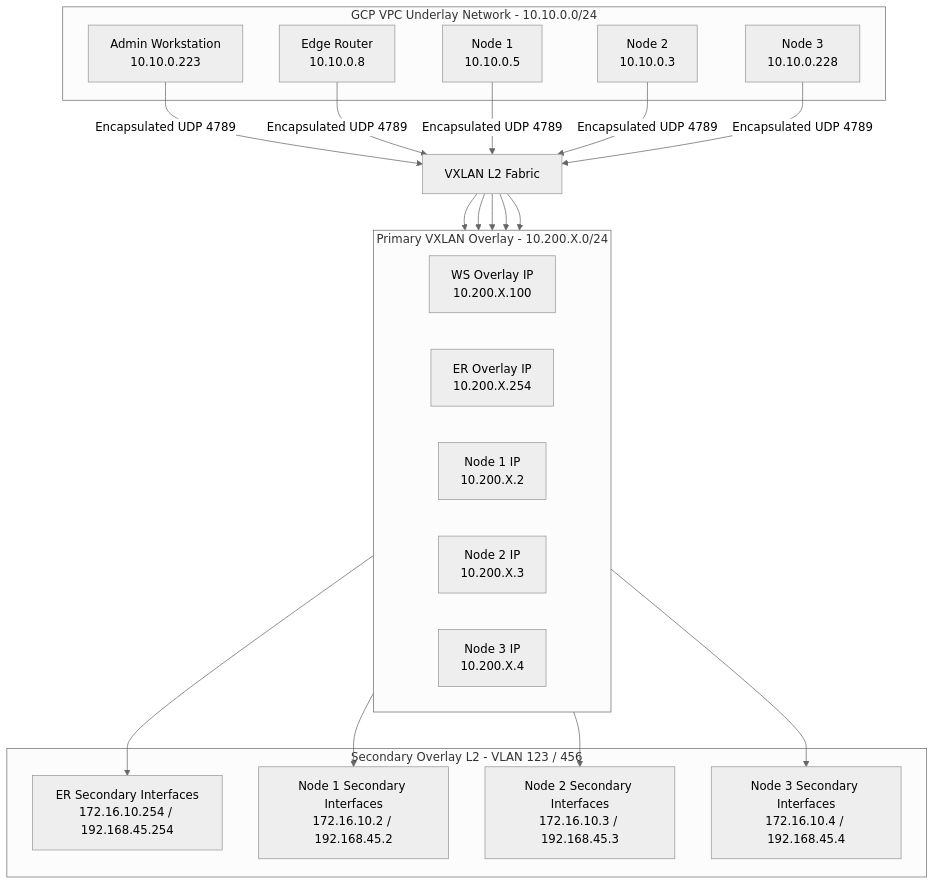
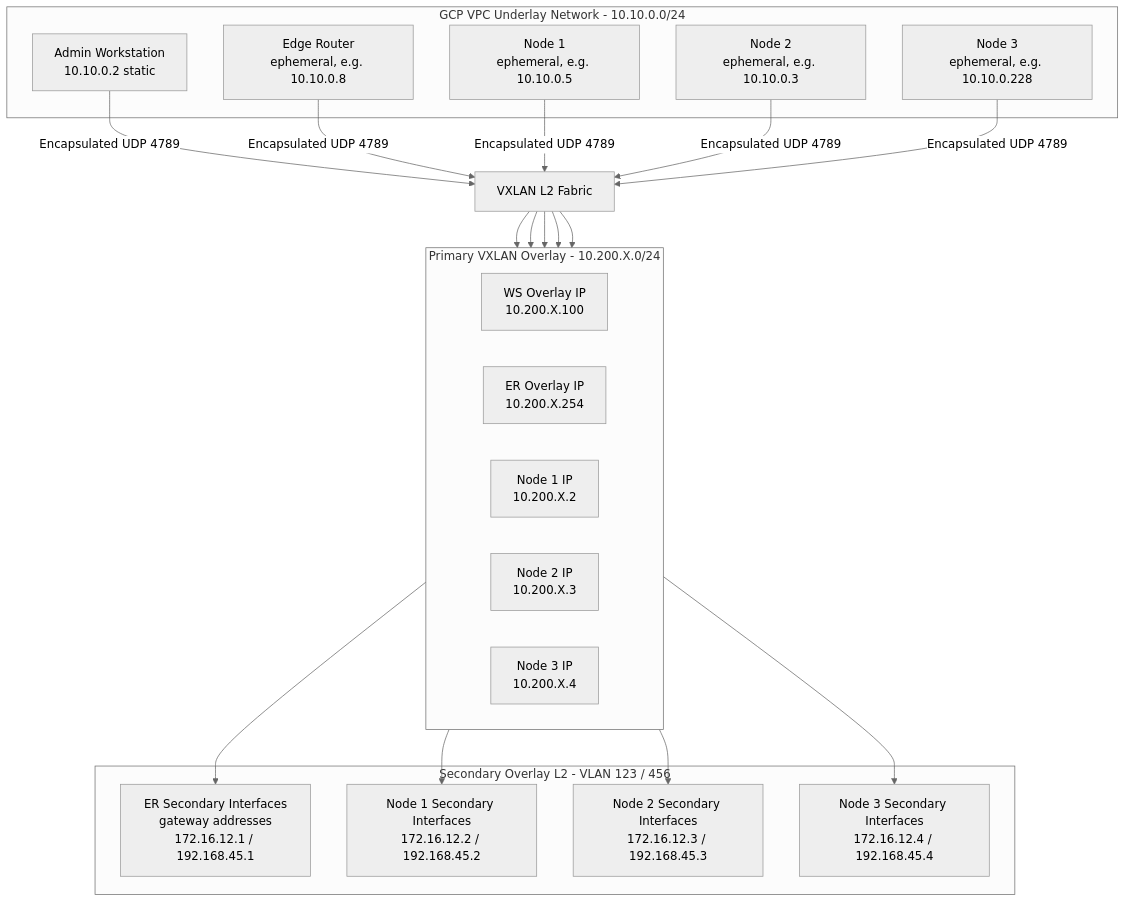
One commit to GDC-ConsumerEdge/gem-gdc-emulation-environment changed the first of 2 diagrams in docs/gem-networking.md. Above: the diagram before and after it, drawn with Mermaid (neutral theme). The commit also changed other lines of this file and 37 other files, not shown here.

````diff
--- a/docs/gem-networking.md
+++ b/docs/gem-networking.md
@@ -20,43 +42,43 @@
 ```mermaid
 graph TB
     subgraph GCP VPC Underlay [GCP VPC Underlay Network - 10.10.0.0/24]
-        WS[Admin Workstation<br>10.10.0.223]
-        ER[Edge Router<br>10.10.0.8]
-        N1[Node 1<br>10.10.0.5]
-        N2[Node 2<br>10.10.0.3]
-        N3[Node 3<br>10.10.0.228]
+        WS[Admin Workstation<br>10.10.0.2 static]
+        ER[Edge Router<br>ephemeral, e.g. 10.10.0.8]
+        N1[Node 1<br>ephemeral, e.g. 10.10.0.5]
+        N2[Node 2<br>ephemeral, e.g. 10.10.0.3]
+        N3[Node 3<br>ephemeral, e.g. 10.10.0.228]
     end
 
     subgraph VXLAN Overlay [Primary VXLAN Overlay - 10.200.X.0/24]
         direction LR
         WS_OV[WS Overlay IP<br>10.200.X.100]
         ER_OV[ER Overlay IP<br>10.200.X.254]
         N1_OV[Node 1 IP<br>10.200.X.2]
         N2_OV[Node 2 IP<br>10.200.X.3]
         N3_OV[Node 3 IP<br>10.200.X.4]
     end
 
     subgraph Multus Secondary [Secondary Overlay L2 - VLAN 123 / 456]
-        ER_VLAN[ER Secondary Interfaces<br>172.16.10.254 / 192.168.45.254]
-        N1_VLAN[Node 1 Secondary Interfaces<br>172.16.10.2 / 192.168.45.2]
-        N2_VLAN[Node 2 Secondary Interfaces<br>172.16.10.3 / 192.168.45.3]
-        N3_VLAN[Node 3 Secondary Interfaces<br>172.16.10.4 / 192.168.45.4]
+        ER_VLAN[ER Secondary Interfaces<br>gateway addresses<br>172.16.12.1 / 192.168.45.1]
+        N1_VLAN[Node 1 Secondary Interfaces<br>172.16.12.2 / 192.168.45.2]
+        N2_VLAN[Node 2 Secondary Interfaces<br>172.16.12.3 / 192.168.45.3]
+        N3_VLAN[Node 3 Secondary Interfaces<br>172.16.12.4 / 192.168.45.4]
     end
 
     WS -- "Encapsulated UDP 4789" --> VX[VXLAN L2 Fabric]
     ER -- "Encapsulated UDP 4789" --> VX
     N1 -- "Encapsulated UDP 4789" --> VX
     N2 -- "Encapsulated UDP 4789" --> VX
     N3 -- "Encapsulated UDP 4789" --> VX
 
     VX --> WS_OV
     VX --> ER_OV
     VX --> N1_OV
     VX --> N2_OV
     VX --> N3_OV
 
     ER_OV --> ER_VLAN
     N1_OV --> N1_VLAN
     N2_OV --> N2_VLAN
     N3_OV --> N3_VLAN
 ```
````
